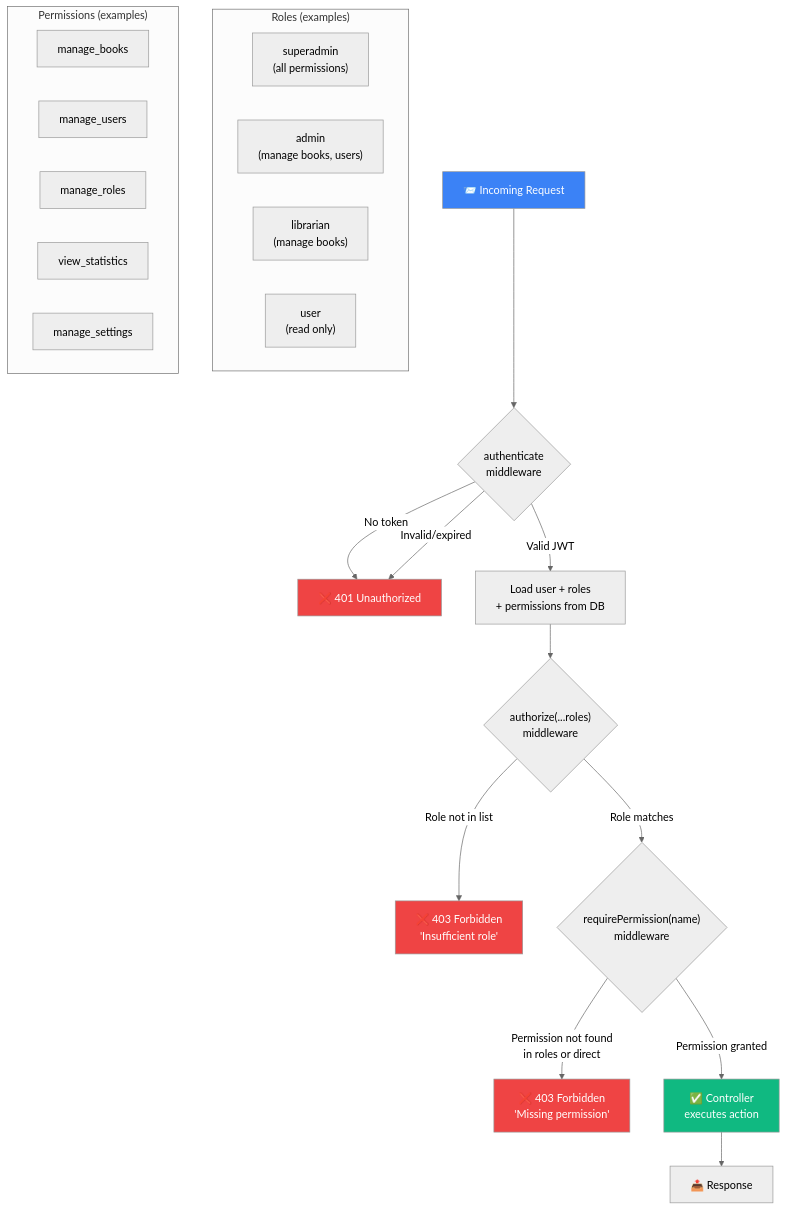
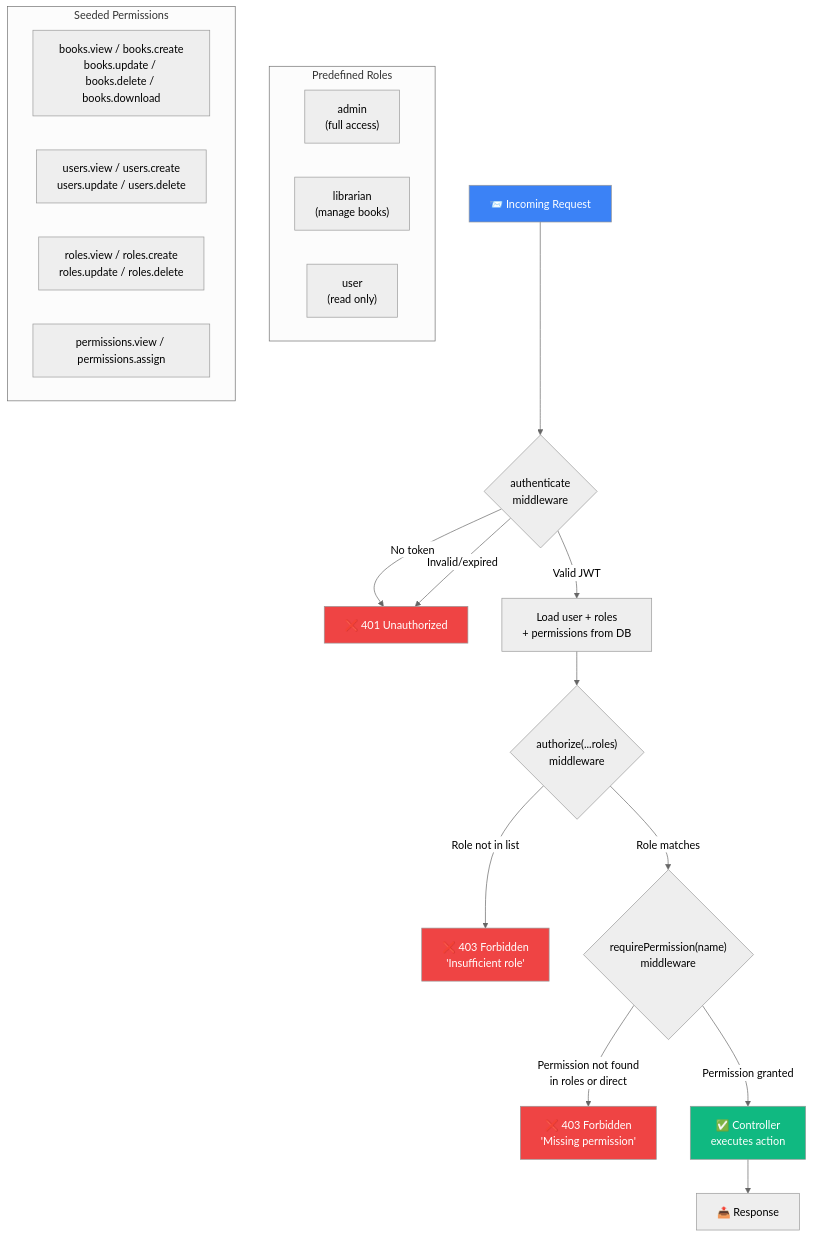
One commit to E-Library-Norton/elibrary-backend changed the sixth of 19 diagrams in DIAGRAM.md. Above: the diagram before and after it, drawn with Mermaid (neutral theme). The commit also changed other lines of this file and 7 other files, not shown here.

````diff
--- a/DIAGRAM.md
+++ b/DIAGRAM.md
@@ -402,41 +462,39 @@
 ```mermaid
 flowchart TD
     REQ["📨 Incoming Request"] --> AUTH{"authenticate<br/>middleware"}
     
     AUTH -- "No token" --> R401["❌ 401 Unauthorized"]
     AUTH -- "Invalid/expired" --> R401
     AUTH -- "Valid JWT" --> LOAD["Load user + roles<br/>+ permissions from DB"]
     
     LOAD --> ROLE{"authorize(...roles)<br/>middleware"}
     
     ROLE -- "Role not in list" --> R403A["❌ 403 Forbidden<br/>'Insufficient role'"]
     ROLE -- "Role matches" --> PERM{"requirePermission(name)<br/>middleware"}
     
     PERM -- "Permission not found<br/>in roles or direct" --> R403B["❌ 403 Forbidden<br/>'Missing permission'"]
     PERM -- "Permission granted" --> CTRL["✅ Controller<br/>executes action"]
     
     CTRL --> RES["📤 Response"]
 
-    subgraph Roles["Roles (examples)"]
+    subgraph Roles["Predefined Roles"]
         direction LR
-        SA["superadmin<br/>(all permissions)"]
-        AD["admin<br/>(manage books, users)"]
+        AD["admin<br/>(full access)"]
         LB["librarian<br/>(manage books)"]
         US["user<br/>(read only)"]
     end
 
-    subgraph Permissions["Permissions (examples)"]
+    subgraph Permissions["Seeded Permissions"]
         direction LR
-        P1["manage_books"]
-        P2["manage_users"]
-        P3["manage_roles"]
-        P4["view_statistics"]
-        P5["manage_settings"]
+        P1["books.view / books.create<br/>books.update / books.delete / books.download"]
+        P2["users.view / users.create<br/>users.update / users.delete"]
+        P3["roles.view / roles.create<br/>roles.update / roles.delete"]
+        P4["permissions.view / permissions.assign"]
     end
 
     style REQ fill:#3b82f6,color:#fff
     style R401 fill:#ef4444,color:#fff
     style R403A fill:#ef4444,color:#fff
     style R403B fill:#ef4444,color:#fff
     style CTRL fill:#10b981,color:#fff
 ```
````
